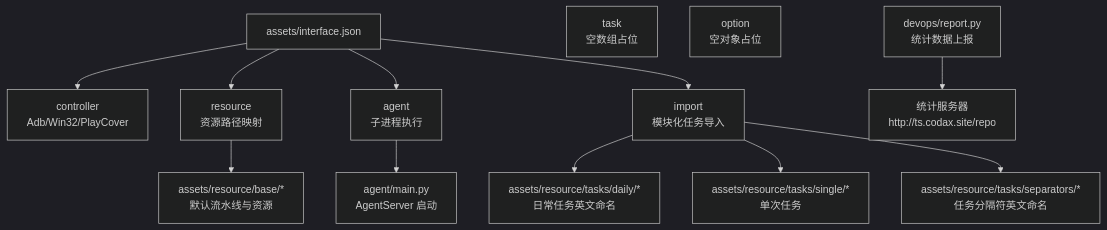
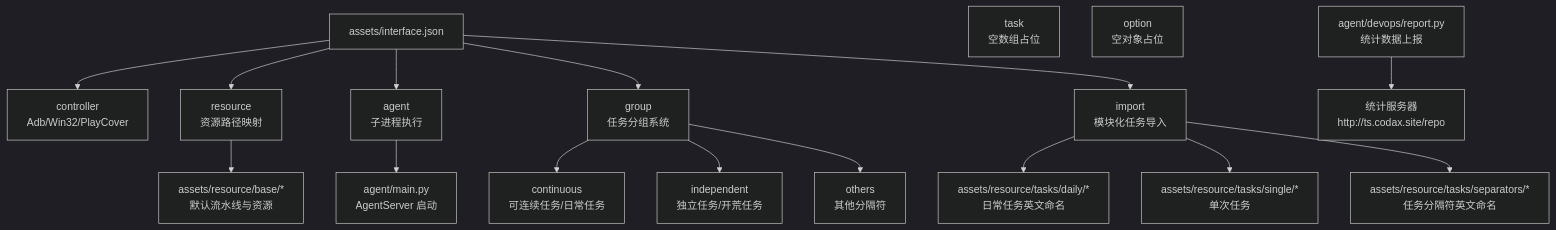
The first of 8 diagrams in .qoder/repowiki/zh/content/系统架构与设计/配置体系与资源管理/界面接口配置/界面接口配置.md (kqcoxn/MaaDuDuL), drawn with Mermaid (dark theme) before and after one commit. The commit also changed other lines of this file and 12 other files, not shown here.

````diff
--- a/.qoder/repowiki/zh/content/系统架构与设计/配置体系与资源管理/界面接口配置/界面接口配置.md
+++ b/.qoder/repowiki/zh/content/系统架构与设计/配置体系与资源管理/界面接口配置/界面接口配置.md
@@ -59,16 +66,20 @@
 ```mermaid
 graph TB
 A["assets/interface.json"] --> B["controller<br/>Adb/Win32/PlayCover"]
 A --> C["resource<br/>资源路径映射"]
 A --> D["agent<br/>子进程执行"]
-A --> E["import<br/>模块化任务导入"]
-E --> F["assets/resource/tasks/daily/*<br/>日常任务英文命名"]
-E --> G["assets/resource/tasks/single/*<br/>单次任务"]
-E --> H["assets/resource/tasks/separators/*<br/>任务分隔符英文命名"]
-I["task<br/>空数组占位"]
-J["option<br/>空对象占位"]
-K["devops/report.py<br/>统计数据上报"]
-C --> L["assets/resource/base/*<br/>默认流水线与资源"]
-D --> M["agent/main.py<br/>AgentServer 启动"]
-K --> N["统计服务器<br/>http://ts.codax.site/repo"]
+A --> E["group<br/>任务分组系统"]
+A --> F["import<br/>模块化任务导入"]
+E --> G["continuous<br/>可连续任务/日常任务"]
+E --> H["independent<br/>独立任务/开荒任务"]
+E --> I["others<br/>其他分隔符"]
+F --> J["assets/resource/tasks/daily/*<br/>日常任务英文命名"]
+F --> K["assets/resource/tasks/single/*<br/>单次任务"]
+F --> L["assets/resource/tasks/separators/*<br/>任务分隔符英文命名"]
+M["task<br/>空数组占位"]
+N["option<br/>空对象占位"]
+O["agent/devops/report.py<br/>统计数据上报"]
+C --> P["assets/resource/base/*<br/>默认流水线与资源"]
+D --> Q["agent/main.py<br/>AgentServer 启动"]
+O --> R["统计服务器<br/>http://ts.codax.site/repo"]
 ```
````
